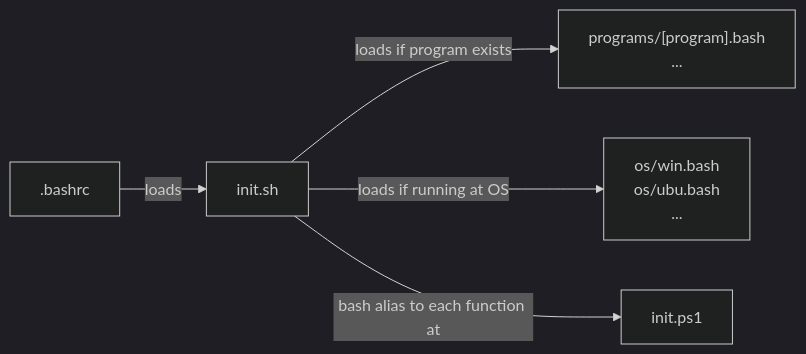
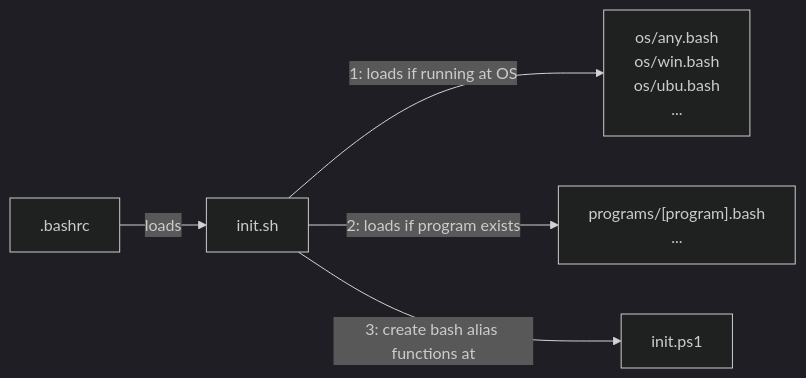
The first of 2 diagrams in README.md (alanlivio/ps-sh-helpers), drawn with Mermaid before and after one commit. The commit also changed other lines of this file, not shown here.

````diff
--- a/README.md
+++ b/README.md
@@ -7,21 +9,22 @@
 ```mermaid
 %%{init: {'theme':'dark'}}%%
 flowchart LR
     bashrc[".bashrc"]
     ps-init["init.ps1"]
     sh-init["init.sh"]
     program-dependent["
         programs/[program].bash
         ...
     "]
     OS-dependent["
+        os/any.bash
         os/win.bash
         os/ubu.bash
         ...
     "]
     
     bashrc --> |"loads"| sh-init
-    sh-init --> |"loads if program exists"| program-dependent
-    sh-init --> |"loads if running at OS"| OS-dependent
-    sh-init --> |"bash alias to each function at"| ps-init
+    sh-init --> |"1: loads if running at OS"| OS-dependent
+    sh-init --> |"2: loads if program exists"| program-dependent
+    sh-init --> |"3: create bash alias functions at"| ps-init
 ```
````
